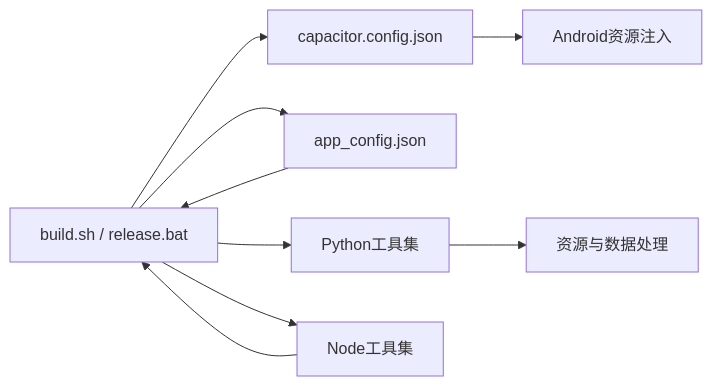
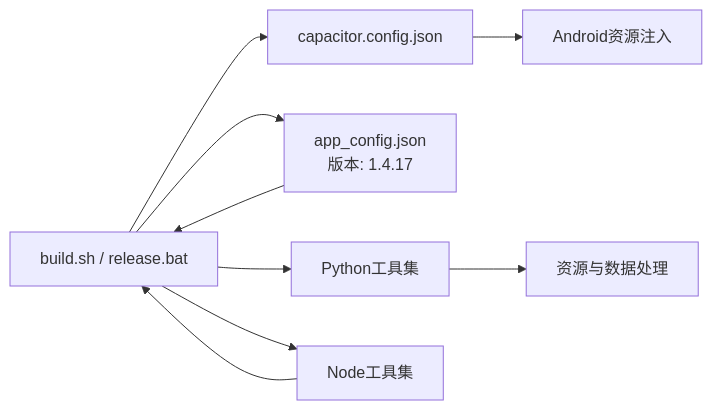
One commit to zhao-zg/cx changed the sixth of 6 diagrams in .qoder/repowiki/zh/content/部署发布/部署发布.md. Above: the diagram before and after it, drawn with Mermaid. The commit also changed other lines of this file and 30 other files, not shown here.

````diff
--- a/.qoder/repowiki/zh/content/部署发布/部署发布.md
+++ b/.qoder/repowiki/zh/content/部署发布/部署发布.md
@@ -294,11 +325,11 @@
 ```mermaid
 graph LR
 Build["build.sh / release.bat"] --> Cfg["capacitor.config.json"]
-Build --> AppCfg["app_config.json"]
+Build --> AppCfg["app_config.json<br/>版本: 1.4.17"]
 Build --> Py["Python工具集"]
 Build --> JS["Node工具集"]
 Py --> Data["资源与数据处理"]
 JS --> Build
 Cfg --> Android["Android资源注入"]
 AppCfg --> Build
 ```
````
